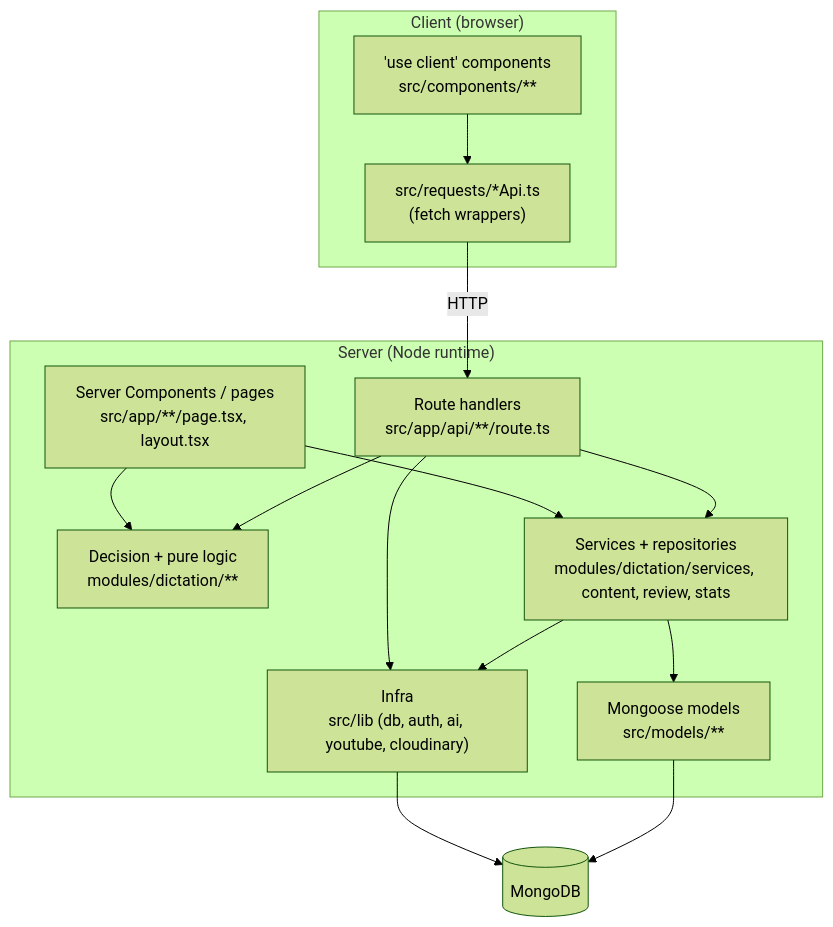
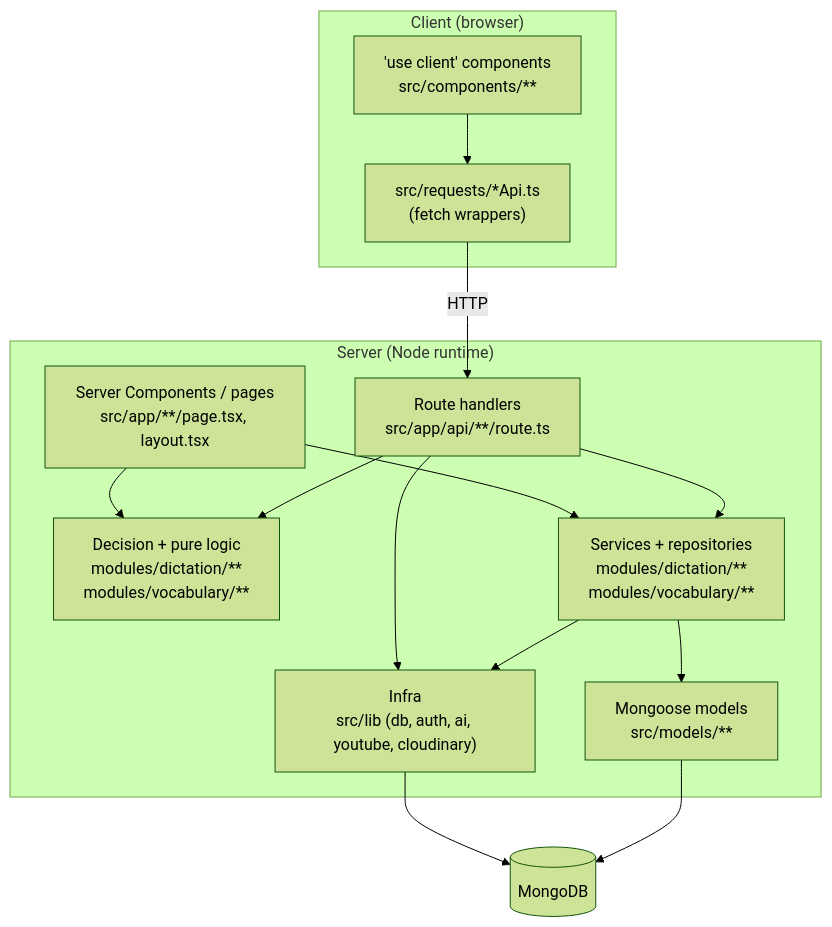
The first of 2 diagrams in docs/02-architecture.md (NaKMiers/English_For_Only_Me), drawn with Mermaid (forest theme) before and after one commit. The commit also changed other lines of this file and 67 other files, not shown here.

````diff
--- a/docs/02-architecture.md
+++ b/docs/02-architecture.md
@@ -93,28 +107,28 @@
 ```mermaid
 flowchart TD
   subgraph client["Client (browser)"]
     CC["'use client' components<br/>src/components/**"]
     REQ["src/requests/*Api.ts<br/>(fetch wrappers)"]
   end
   subgraph server["Server (Node runtime)"]
     PAGE["Server Components / pages<br/>src/app/**/page.tsx, layout.tsx"]
     ROUTE["Route handlers<br/>src/app/api/**/route.ts"]
-    DEC["Decision + pure logic<br/>modules/dictation/**"]
-    SVC["Services + repositories<br/>modules/dictation/services, content, review, stats"]
+    DEC["Decision + pure logic<br/>modules/dictation/**<br/>modules/vocabulary/**"]
+    SVC["Services + repositories<br/>modules/dictation/**<br/>modules/vocabulary/**"]
     LIB["Infra<br/>src/lib (db, auth, ai, youtube, cloudinary)"]
     MODEL["Mongoose models<br/>src/models/**"]
   end
   DB[("MongoDB")]
 
   CC --> REQ
   REQ -->|HTTP| ROUTE
   PAGE --> SVC
   PAGE --> DEC
   ROUTE --> DEC
   ROUTE --> SVC
   ROUTE --> LIB
   SVC --> MODEL
   SVC --> LIB
   LIB --> DB
   MODEL --> DB
 ```
````
